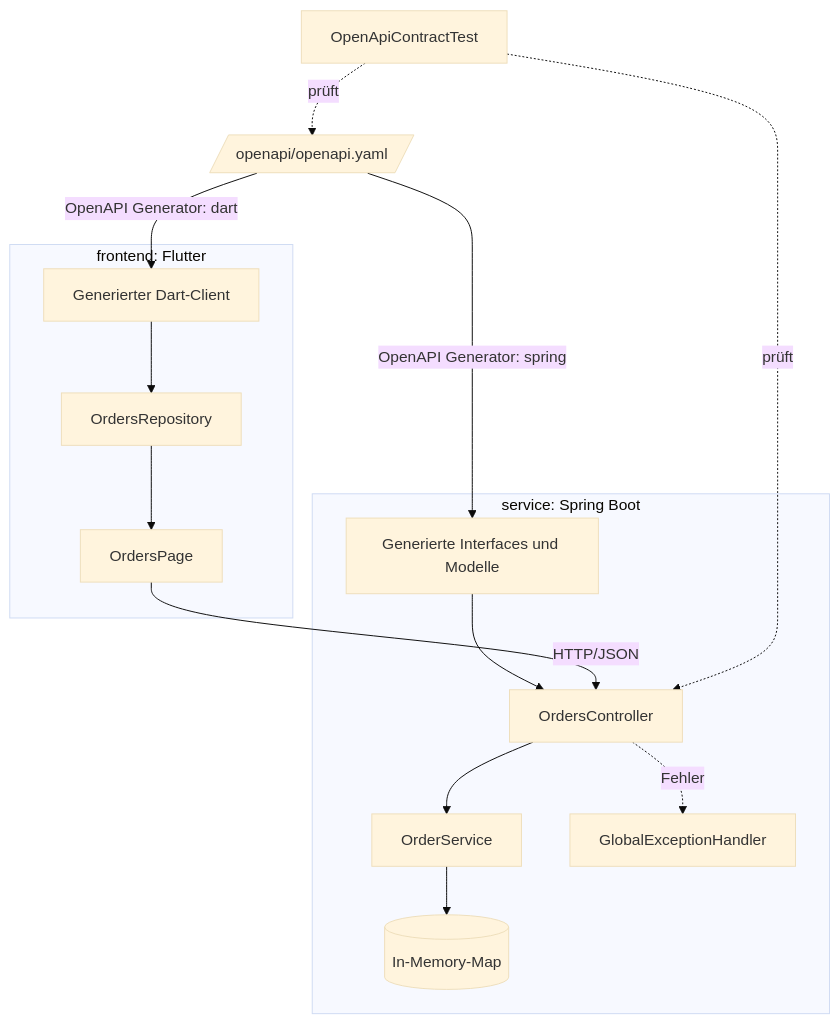
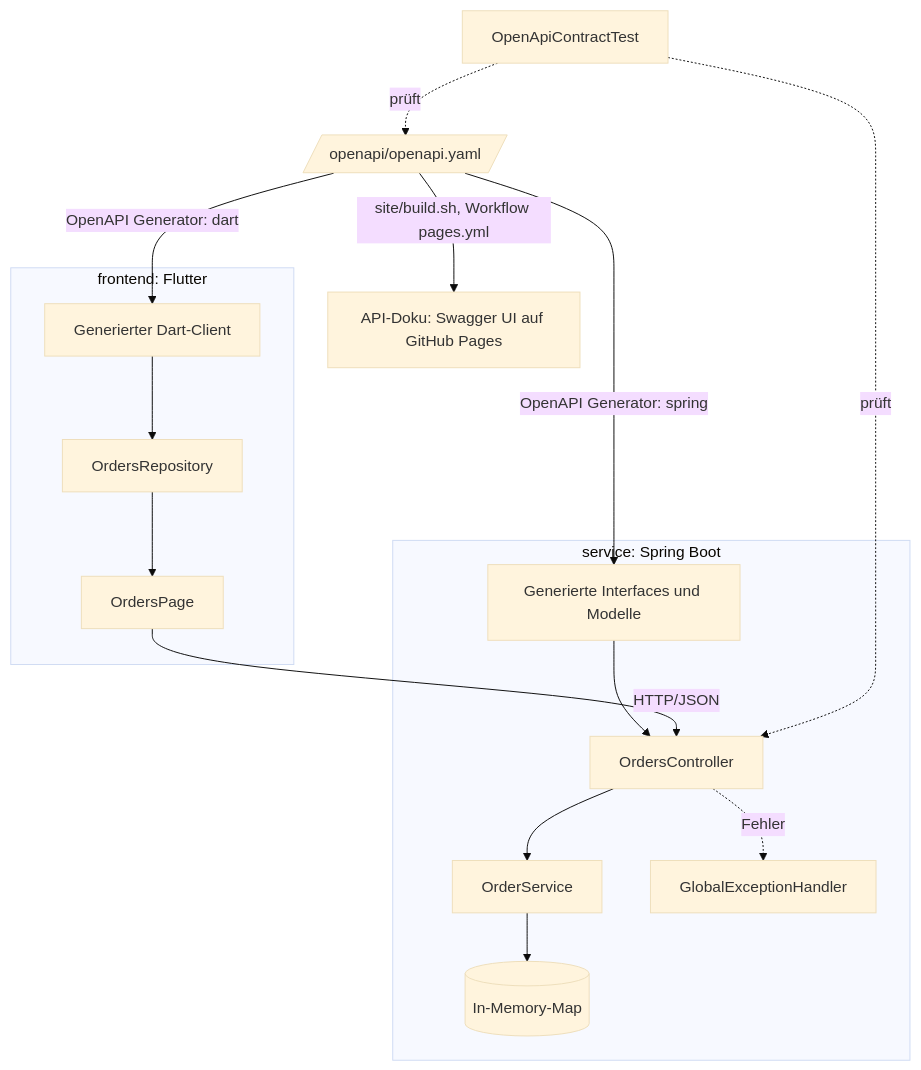
The first of 5 diagrams in docs/architecture.md (juheba/sw-factory-tryout), drawn with Mermaid (base theme) before and after one commit. The commit also changed other lines of this file and 12 other files, not shown here.

First line of the commit message:
feat: OpenAPI-Vertrag als Swagger-UI-Seite auf GitHub Pages (X3) (#97)

````diff
--- a/docs/architecture.md
+++ b/docs/architecture.md
@@ -8,22 +8,23 @@
 ```mermaid
 flowchart TB
     Spec[/openapi/openapi.yaml/]
     Spec -->|OpenAPI Generator: spring| Gen[Generierte Interfaces und Modelle]
     Spec -->|OpenAPI Generator: dart| Cli[Generierter Dart-Client]
+    Spec -->|site/build.sh, Workflow pages.yml| Doc[API-Doku: Swagger UI auf GitHub Pages]
 
     subgraph service [service: Spring Boot]
         Gen --> Ctl[OrdersController]
         Ctl --> Svc[OrderService]
         Svc --> Mem[(In-Memory-Map)]
         Ctl -.Fehler.-> Err[GlobalExceptionHandler]
     end
 
     subgraph frontend [frontend: Flutter]
         Cli --> Repo[OrdersRepository]
         Repo --> UI[OrdersPage]
     end
 
     UI -->|HTTP/JSON| Ctl
     Test[OpenApiContractTest] -.prüft.-> Spec
     Test -.prüft.-> Ctl
 ```
````
